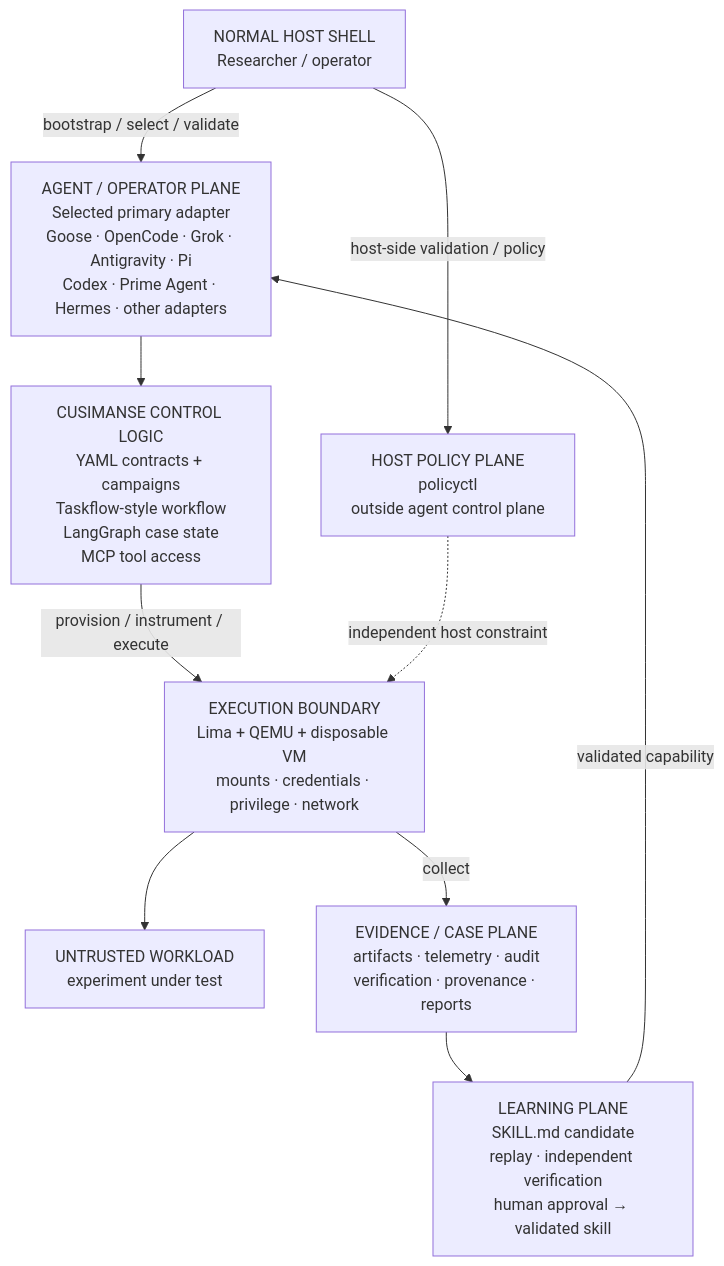
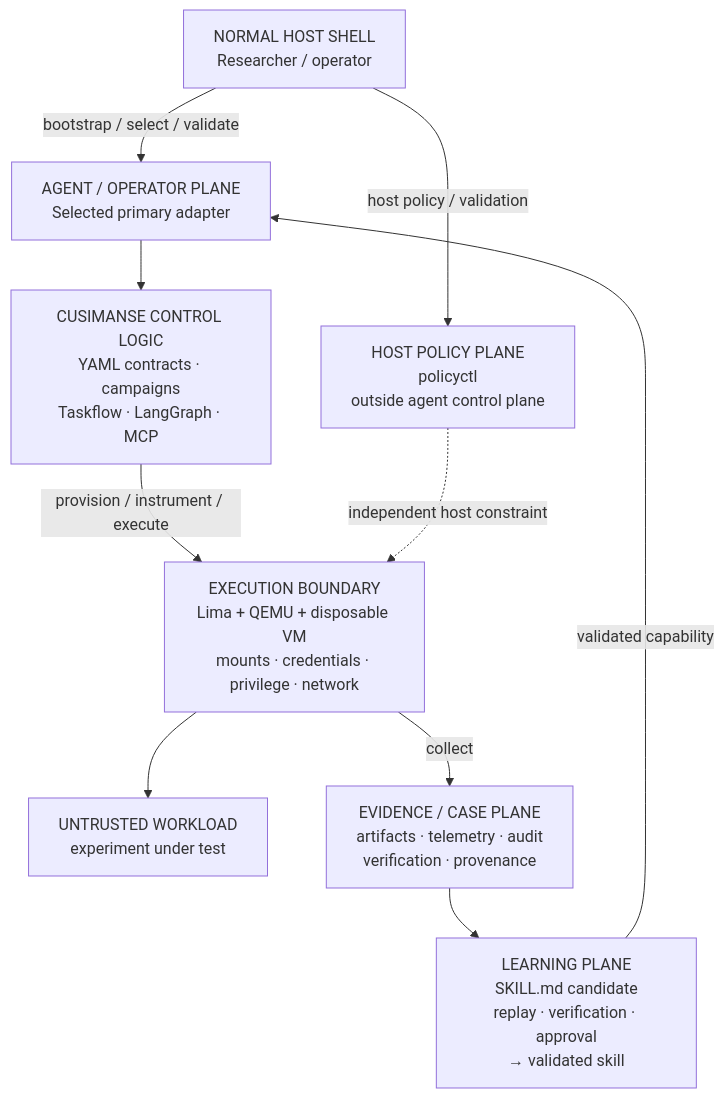
The diagram in README.md (Opposum0112/Cusimanse), drawn with Mermaid before and after one commit. The commit also changed other lines of this file, not shown here.

Commit message:
docs: polish production architecture and researcher testing

````diff
--- a/README.md
+++ b/README.md
@@ -19,23 +17,21 @@
 ```mermaid
 flowchart TB
     H["NORMAL HOST SHELL\nResearcher / operator"]
     P["HOST POLICY PLANE\npolicyctl\noutside agent control plane"]
-    A["AGENT / OPERATOR PLANE\nSelected primary adapter\nGoose · OpenCode · Grok · Antigravity · Pi\nCodex · Prime Agent · Hermes · other adapters"]
-    C["CUSIMANSE CONTROL LOGIC\nYAML contracts + campaigns\nTaskflow-style workflow\nLangGraph case state\nMCP tool access"]
+    A["AGENT / OPERATOR PLANE\nSelected primary adapter"]
+    C["CUSIMANSE CONTROL LOGIC\nYAML contracts · campaigns\nTaskflow · LangGraph · MCP"]
     V["EXECUTION BOUNDARY\nLima + QEMU + disposable VM\nmounts · credentials · privilege · network"]
     W["UNTRUSTED WORKLOAD\nexperiment under test"]
-    E["EVIDENCE / CASE PLANE\nartifacts · telemetry · audit\nverification · provenance · reports"]
-    L["LEARNING PLANE\nSKILL.md candidate\nreplay · independent verification\nhuman approval → validated skill"]
+    E["EVIDENCE / CASE PLANE\nartifacts · telemetry · audit\nverification · provenance"]
+    L["LEARNING PLANE\nSKILL.md candidate\nreplay · verification · approval\n→ validated skill"]
 
     H -->|bootstrap / select / validate| A
-    H -->|host-side validation / policy| P
+    H -->|host policy / validation| P
     A --> C
     C -->|provision / instrument / execute| V
     V --> W
     V -->|collect| E
     E --> L
     L -->|validated capability| A
     P -.->|independent host constraint| V
-
-    classDef host fill:none,stroke-width:2px
 ```
````
